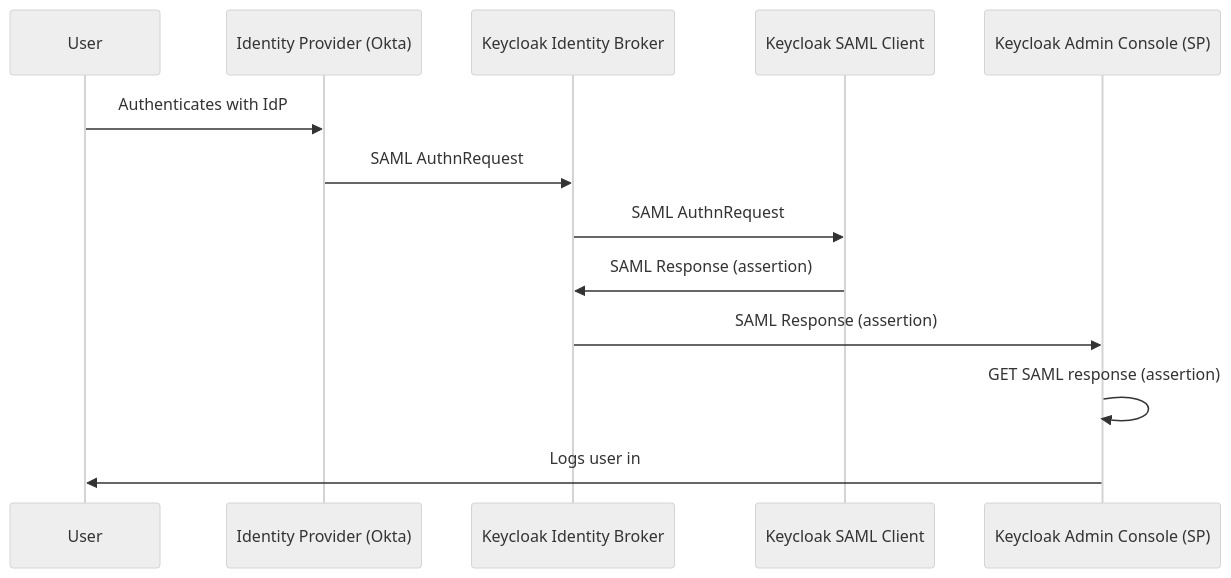
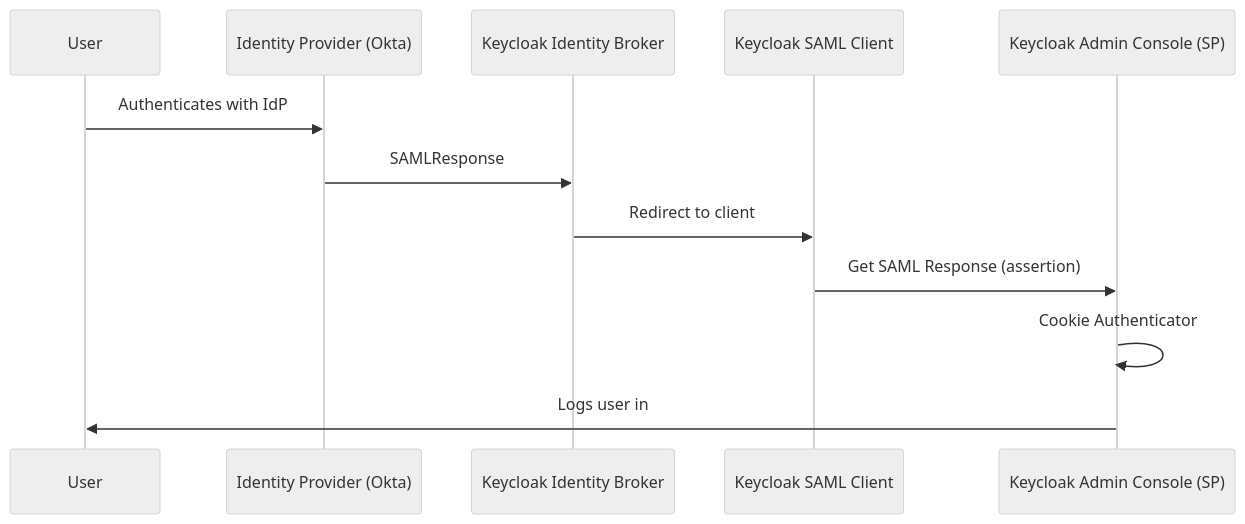
The fourth of 4 diagrams in blog/2025-02-25-saml-idp-initiated-flow.mdx (p2-inc/phasetwo-docs), drawn with Mermaid (neutral theme) before and after one commit. The commit also changed other lines of this file, not shown here.

````diff
--- a/blog/2025-02-25-saml-idp-initiated-flow.mdx
+++ b/blog/2025-02-25-saml-idp-initiated-flow.mdx
@@ -198,17 +197,16 @@
 ```mermaid
 sequenceDiagram
     participant User
     participant Okta as Identity Provider (Okta)
     participant KeycloakBroker as Keycloak Identity Broker
     participant KeycloakClient as Keycloak SAML Client
     participant KeycloakAdminConsole as Keycloak Admin Console (SP)
 
 
     User->>Okta: Authenticates with IdP
-    Okta->>KeycloakBroker: SAML AuthnRequest
-    KeycloakBroker->>KeycloakClient: SAML AuthnRequest
-    KeycloakClient->>KeycloakBroker: SAML Response (assertion)
-    KeycloakBroker->>KeycloakAdminConsole: SAML Response (assertion)
-    KeycloakAdminConsole->>KeycloakAdminConsole: GET SAML response (assertion)
+    Okta->>KeycloakBroker: SAMLResponse
+    KeycloakBroker->>KeycloakClient: Redirect to client
+    KeycloakClient->>KeycloakAdminConsole: Get SAML Response (assertion)
+    KeycloakAdminConsole->>KeycloakAdminConsole: Cookie Authenticator
     KeycloakAdminConsole->>User: Logs user in
 ```
````
